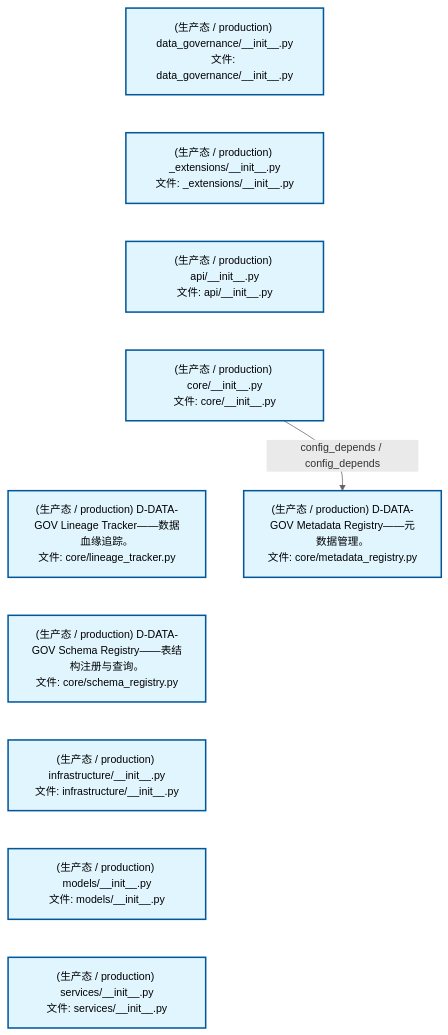
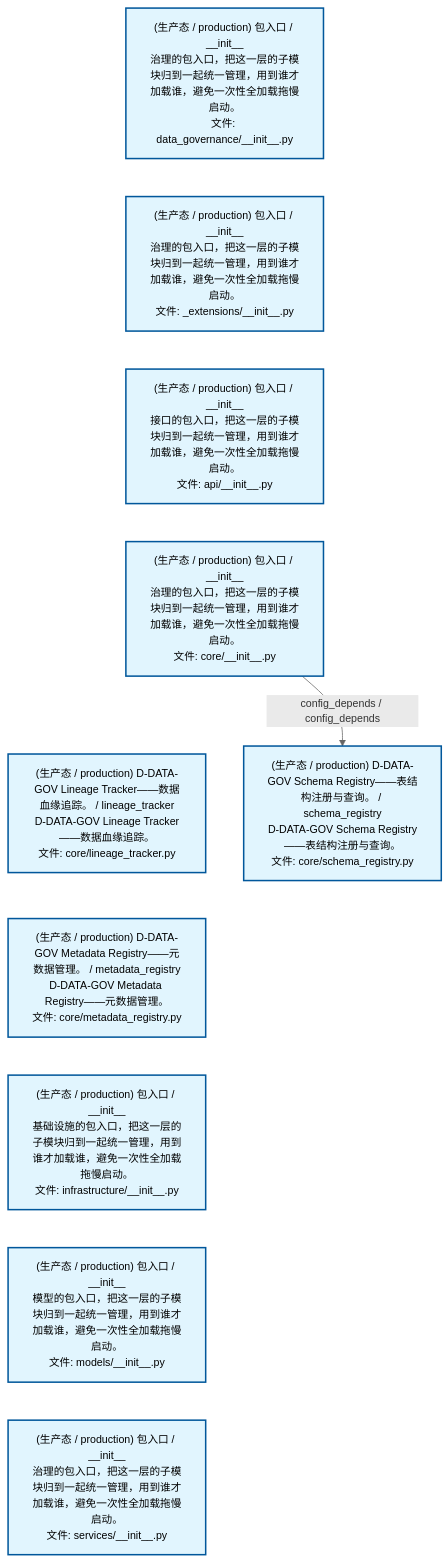
The second of 2 diagrams in docs/02_enterprise_architecture/02_domain_architecture_docs/13_d_data_gov.md (xuanFelixVan/ZephyrAlpha), drawn with Mermaid before and after one commit. The commit also changed other lines of this file and 60 other files, not shown here.

````diff
--- a/docs/02_enterprise_architecture/02_domain_architecture_docs/13_d_data_gov.md
+++ b/docs/02_enterprise_architecture/02_domain_architecture_docs/13_d_data_gov.md
@@ -86,28 +86,28 @@
 ```mermaid
 %%{init: {'theme': 'base', 'themeVariables': {'primaryColor': '#eaeaea', 'primaryTextColor': '#333333', 'primaryBorderColor': '#666666', 'lineColor': '#666666', 'secondaryColor': '#eaeaea', 'tertiaryColor': '#eaeaea', 'fontSize': '14px'}}}%%
 flowchart TD
-    src_zephyr_data_governance_init_py["(生产态 / production) data_governance/__init__.py<br/>文件: data_governance/__init__.py"]
-    src_zephyr_data_governance_extensions_init_py["(生产态 / production) _extensions/__init__.py<br/>文件: _extensions/__init__.py"]
-    src_zephyr_data_governance_api_init_py["(生产态 / production) api/__init__.py<br/>文件: api/__init__.py"]
-    src_zephyr_data_governance_core_init_py["(生产态 / production) core/__init__.py<br/>文件: core/__init__.py"]
-    src_zephyr_data_governance_core_lineage_tracker_py["(生产态 / production) D-DATA-GOV Lineage Tracker——数据血缘追踪。<br/>文件: core/lineage_tracker.py"]
-    src_zephyr_data_governance_core_schema_registry_py["(生产态 / production) D-DATA-GOV Schema Registry——表结构注册与查询。<br/>文件: core/schema_registry.py"]
-    src_zephyr_data_governance_infrastructure_init_py["(生产态 / production) infrastructure/__init__.py<br/>文件: infrastructure/__init__.py"]
-    src_zephyr_data_governance_models_init_py["(生产态 / production) models/__init__.py<br/>文件: models/__init__.py"]
-    src_zephyr_data_governance_services_init_py["(生产态 / production) services/__init__.py<br/>文件: services/__init__.py"]
+    src_zephyr_data_governance_init_py["(生产态 / production) 包入口 / __init__<br/>治理的包入口，把这一层的子模块归到一起统一管理，用到谁才加载谁，避免一次性全加载拖慢启动。<br/>文件: data_governance/__init__.py"]
+    src_zephyr_data_governance_extensions_init_py["(生产态 / production) 包入口 / __init__<br/>治理的包入口，把这一层的子模块归到一起统一管理，用到谁才加载谁，避免一次性全加载拖慢启动。<br/>文件: _extensions/__init__.py"]
+    src_zephyr_data_governance_api_init_py["(生产态 / production) 包入口 / __init__<br/>接口的包入口，把这一层的子模块归到一起统一管理，用到谁才加载谁，避免一次性全加载拖慢启动。<br/>文件: api/__init__.py"]
+    src_zephyr_data_governance_core_init_py["(生产态 / production) 包入口 / __init__<br/>治理的包入口，把这一层的子模块归到一起统一管理，用到谁才加载谁，避免一次性全加载拖慢启动。<br/>文件: core/__init__.py"]
+    src_zephyr_data_governance_core_lineage_tracker_py["(生产态 / production) D-DATA-GOV Lineage Tracker——数据血缘追踪。 / lineage_tracker<br/>D-DATA-GOV Lineage Tracker——数据血缘追踪。<br/>文件: core/lineage_tracker.py"]
+    src_zephyr_data_governance_core_metadata_registry_py["(生产态 / production) D-DATA-GOV Metadata Registry——元数据管理。 / metadata_registry<br/>D-DATA-GOV Metadata Registry——元数据管理。<br/>文件: core/metadata_registry.py"]
+    src_zephyr_data_governance_infrastructure_init_py["(生产态 / production) 包入口 / __init__<br/>基础设施的包入口，把这一层的子模块归到一起统一管理，用到谁才加载谁，避免一次性全加载拖慢启动。<br/>文件: infrastructure/__init__.py"]
+    src_zephyr_data_governance_models_init_py["(生产态 / production) 包入口 / __init__<br/>模型的包入口，把这一层的子模块归到一起统一管理，用到谁才加载谁，避免一次性全加载拖慢启动。<br/>文件: models/__init__.py"]
+    src_zephyr_data_governance_services_init_py["(生产态 / production) 包入口 / __init__<br/>治理的包入口，把这一层的子模块归到一起统一管理，用到谁才加载谁，避免一次性全加载拖慢启动。<br/>文件: services/__init__.py"]
     src_zephyr_data_governance_init_py ~~~ src_zephyr_data_governance_extensions_init_py
     src_zephyr_data_governance_extensions_init_py ~~~ src_zephyr_data_governance_api_init_py
     src_zephyr_data_governance_api_init_py ~~~ src_zephyr_data_governance_core_init_py
     src_zephyr_data_governance_core_init_py ~~~ src_zephyr_data_governance_core_lineage_tracker_py
-    src_zephyr_data_governance_core_lineage_tracker_py ~~~ src_zephyr_data_governance_core_schema_registry_py
-    src_zephyr_data_governance_core_schema_registry_py ~~~ src_zephyr_data_governance_infrastructure_init_py
+    src_zephyr_data_governance_core_lineage_tracker_py ~~~ src_zephyr_data_governance_core_metadata_registry_py
+    src_zephyr_data_governance_core_metadata_registry_py ~~~ src_zephyr_data_governance_infrastructure_init_py
     src_zephyr_data_governance_infrastructure_init_py ~~~ src_zephyr_data_governance_models_init_py
     src_zephyr_data_governance_models_init_py ~~~ src_zephyr_data_governance_services_init_py
-    src_zephyr_data_governance_core_metadata_registry_py["(生产态 / production) D-DATA-GOV Metadata Registry——元数据管理。<br/>文件: core/metadata_registry.py"]
-    src_zephyr_data_governance_core_init_py -->|config_depends / config_depends| src_zephyr_data_governance_core_metadata_registry_py
+    src_zephyr_data_governance_core_schema_registry_py["(生产态 / production) D-DATA-GOV Schema Registry——表结构注册与查询。 / schema_registry<br/>D-DATA-GOV Schema Registry——表结构注册与查询。<br/>文件: core/schema_registry.py"]
+    src_zephyr_data_governance_core_init_py -->|config_depends / config_depends| src_zephyr_data_governance_core_schema_registry_py
     classDef production fill:#e1f5fe,stroke:#01579b,stroke-width:2px,color:#000
     classDef design fill:#fff3e0,stroke:#e65100,stroke-width:2px,color:#000,stroke-dasharray: 5 5
     classDef external_prod fill:#e8f4fd,stroke:#0277bd,stroke-width:1px,color:#000
     classDef external_design fill:#fff8e7,stroke:#ef6c00,stroke-width:1px,color:#000,stroke-dasharray: 5 5
     class src_zephyr_data_governance_init_py,src_zephyr_data_governance_extensions_init_py,src_zephyr_data_governance_api_init_py,src_zephyr_data_governance_core_init_py,src_zephyr_data_governance_core_lineage_tracker_py,src_zephyr_data_governance_core_metadata_registry_py,src_zephyr_data_governance_core_schema_registry_py,src_zephyr_data_governance_infrastructure_init_py,src_zephyr_data_governance_models_init_py,src_zephyr_data_governance_services_init_py production
 ```
````
